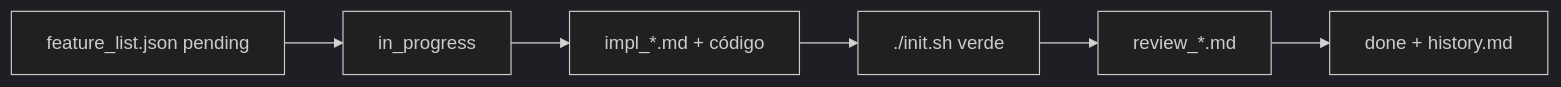
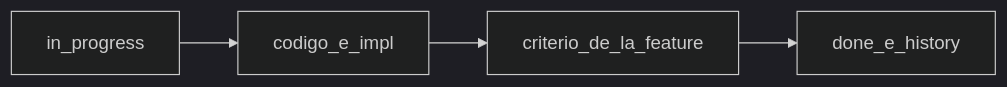
The diagram in docs/harness/workflow.md (nwodevops/etl_informes_harness), drawn with Mermaid (dark theme) before and after one commit. The commit also changed other lines of this file and 7 other files, not shown here.

````diff
--- a/docs/harness/workflow.md
+++ b/docs/harness/workflow.md
@@ -25,11 +14,9 @@
 ```mermaid
 flowchart LR
-  FL[feature_list.json pending]
   IP[in_progress]
-  IMPL[impl_*.md + código]
-  INIT[./init.sh verde]
-  REV[review_*.md]
-  DONE[done + history.md]
+  IMPL[codigo_e_impl]
+  PRUEBA[criterio_de_la_feature]
+  DONE[done_e_history]
 
-  FL --> IP --> IMPL --> INIT --> REV --> DONE
+  IP --> IMPL --> PRUEBA --> DONE
 ```
````
